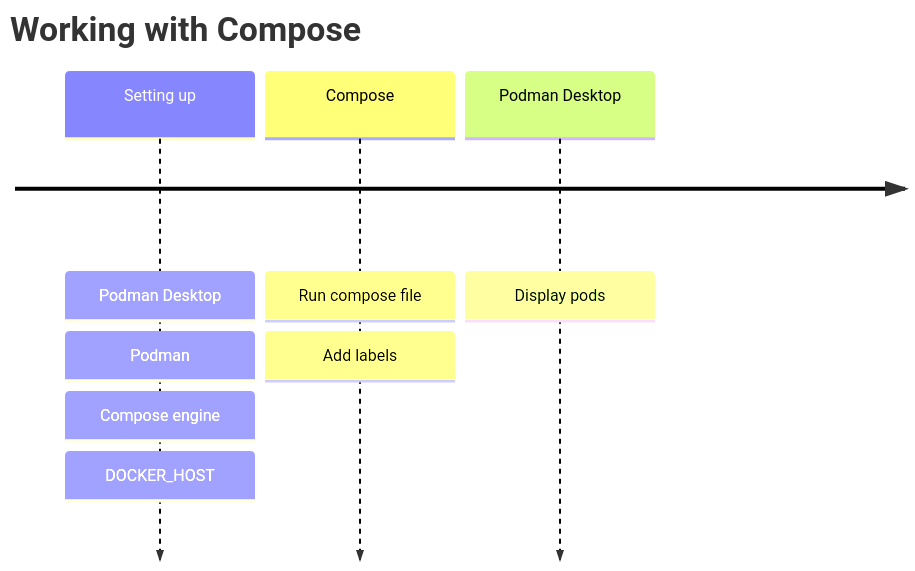
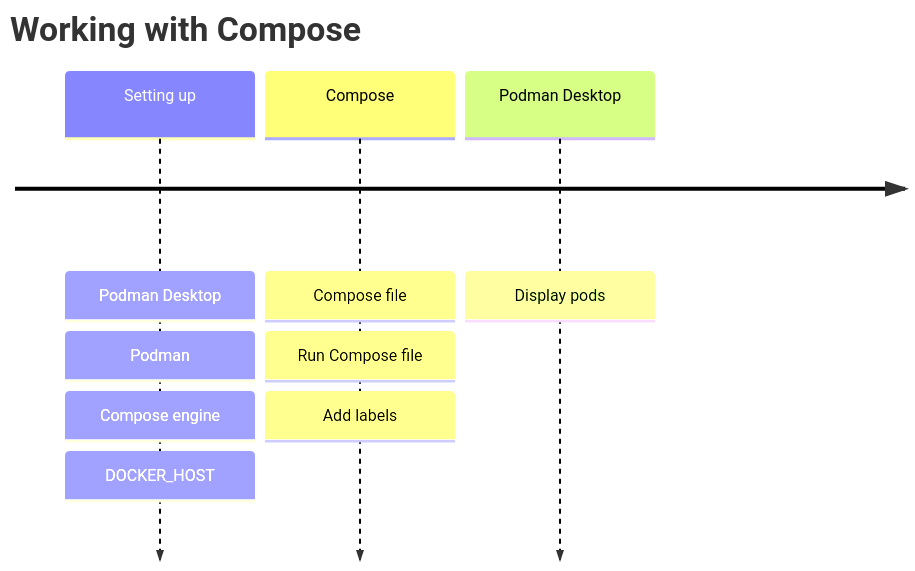
Before and after one commit to containers/podman-desktop: the diagram in website/docs/compose/index.md, drawn with Mermaid. The commit also changed other lines of this file, not shown here.

````diff
--- a/website/docs/compose/index.md
+++ b/website/docs/compose/index.md
@@ -18,12 +18,13 @@
 ```mermaid
 timeline
     title Working with Compose
     Setting up : Podman Desktop
                : Podman
                : Compose engine
                : DOCKER_HOST
-    Compose : Run compose file
+    Compose : Compose file
+            : Run Compose file
             : Add labels
     Podman Desktop: Display pods
 
 ```
````
